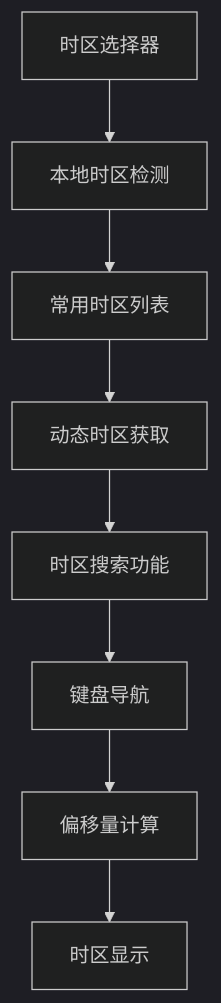
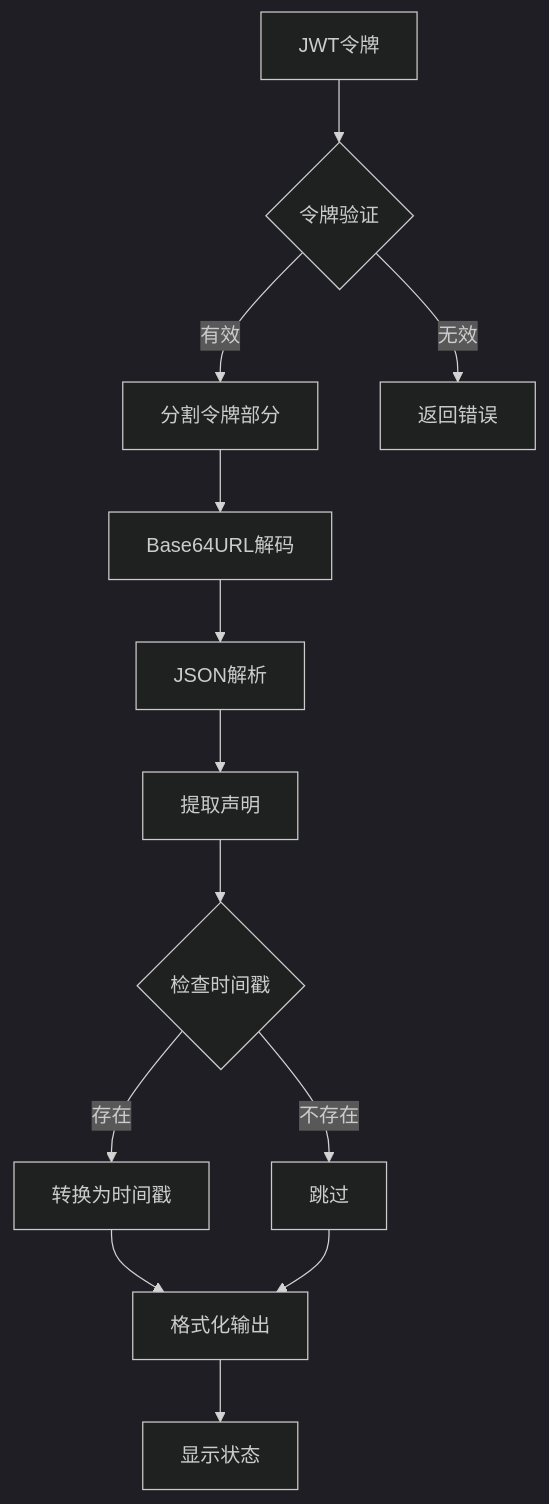
One commit to sgyy/privadeck changed diagram 12 of 13 in .qoder/repowiki/zh/content/开发者工具/时间戳工具.md. Above: the diagram before and after it, drawn with Mermaid (dark theme). The commit also changed other lines of this file and 48 other files, not shown here.

````diff
--- a/.qoder/repowiki/zh/content/开发者工具/时间戳工具.md
+++ b/.qoder/repowiki/zh/content/开发者工具/时间戳工具.md
@@ -416,10 +527,15 @@
 ```mermaid
-graph TB
-A[时区选择器] --> B[本地时区检测]
-B --> C[常用时区列表]
-C --> D[动态时区获取]
-D --> E[时区搜索功能]
-E --> F[键盘导航]
-F --> G[偏移量计算]
-G --> H[时区显示]
+flowchart TD
+A[JWT令牌] --> B{令牌验证}
+B --> |有效| C[分割令牌部分]
+B --> |无效| D[返回错误]
+C --> E[Base64URL解码]
+E --> F[JSON解析]
+F --> G[提取声明]
+G --> H{检查时间戳}
+H --> |存在| I[转换为时间戳]
+H --> |不存在| J[跳过]
+I --> K[格式化输出]
+J --> K
+K --> L[显示状态]
 ```
````
